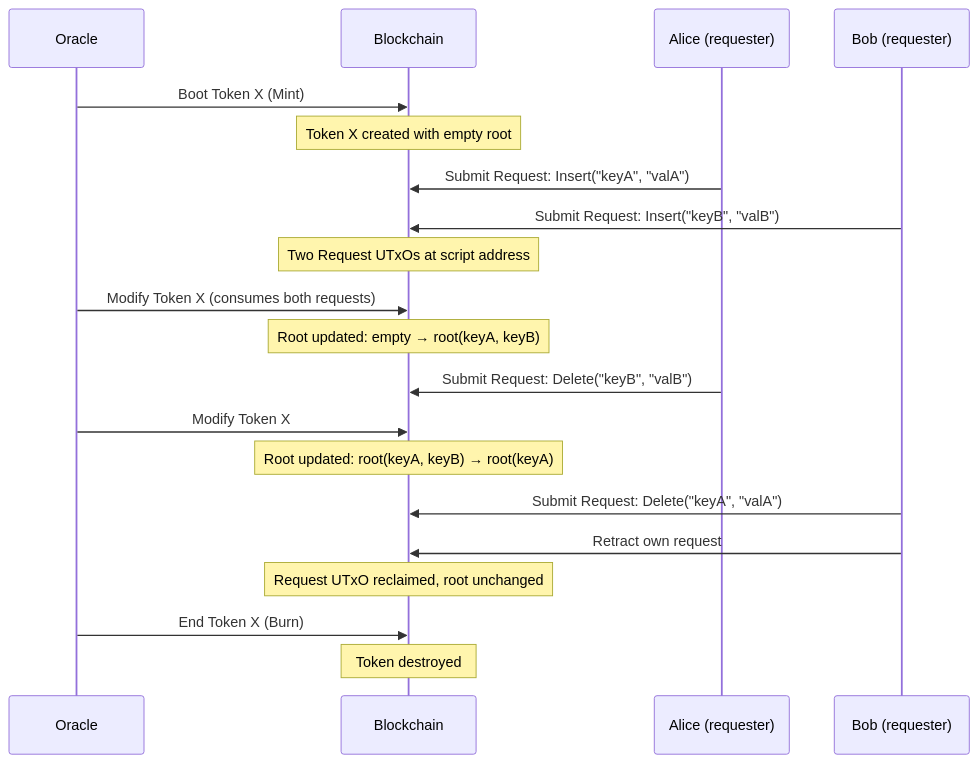
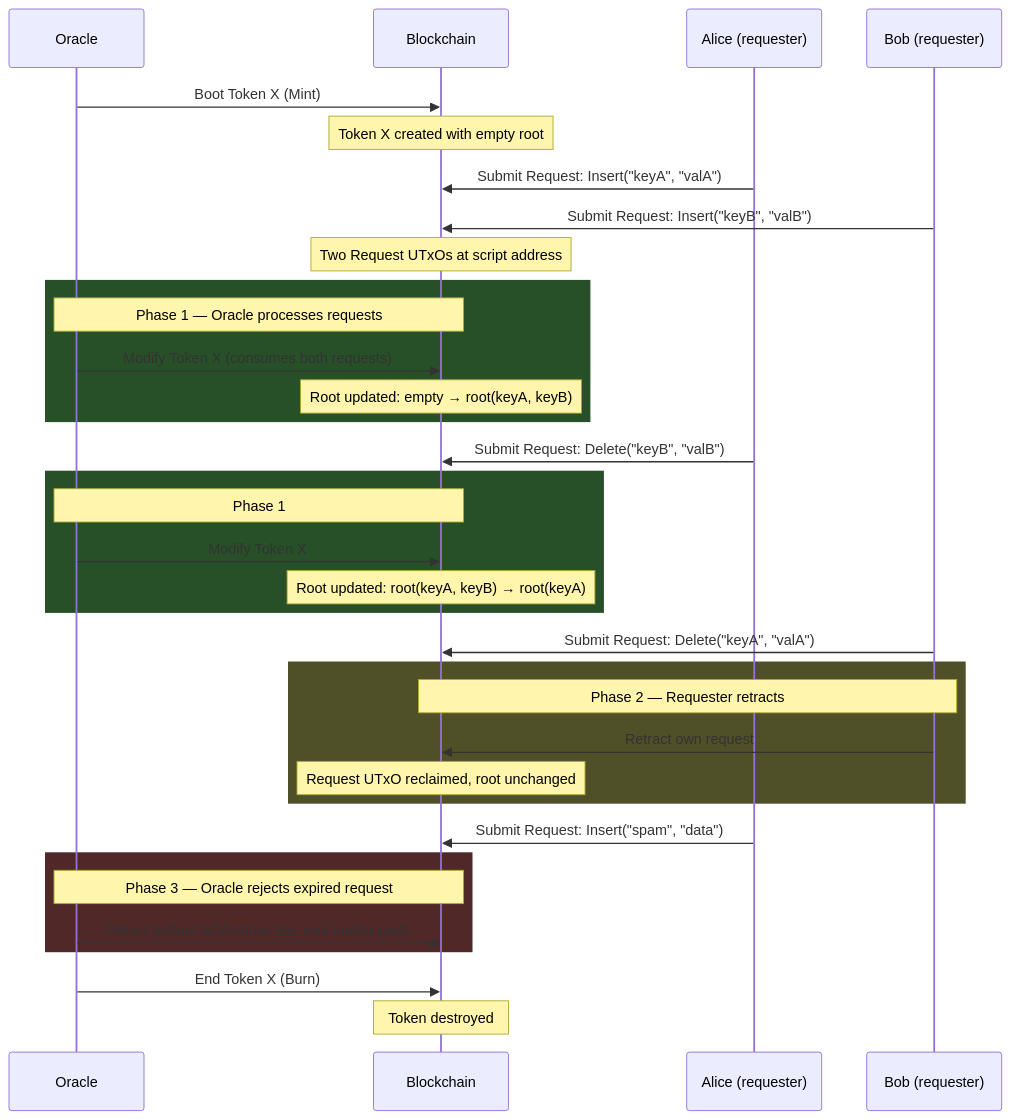
One commit to cardano-foundation/cardano-mpfs-onchain changed the fourth of 4 diagrams in docs/architecture/overview.md. Above: the diagram before and after it, drawn with Mermaid. The commit also changed other lines of this file and 4 other files, not shown here.

First line of the commit message:
docs: update architecture docs for time-gated phases and Reject

````diff
--- a/docs/architecture/overview.md
+++ b/docs/architecture/overview.md
@@ -73,28 +106,43 @@
 ```mermaid
 sequenceDiagram
     participant O as Oracle
     participant B as Blockchain
     participant A as Alice (requester)
     participant C as Bob (requester)
 
     O->>B: Boot Token X (Mint)
     Note over B: Token X created with empty root
 
     A->>B: Submit Request: Insert("keyA", "valA")
     C->>B: Submit Request: Insert("keyB", "valB")
     Note over B: Two Request UTxOs at script address
 
-    O->>B: Modify Token X (consumes both requests)
-    Note over B: Root updated: empty → root(keyA, keyB)
+    rect rgb(40, 80, 40)
+        Note over O,B: Phase 1 — Oracle processes requests
+        O->>B: Modify Token X (consumes both requests)
+        Note over B: Root updated: empty → root(keyA, keyB)
+    end
 
     A->>B: Submit Request: Delete("keyB", "valB")
-    O->>B: Modify Token X
-    Note over B: Root updated: root(keyA, keyB) → root(keyA)
+    rect rgb(40, 80, 40)
+        Note over O,B: Phase 1
+        O->>B: Modify Token X
+        Note over B: Root updated: root(keyA, keyB) → root(keyA)
+    end
 
     C->>B: Submit Request: Delete("keyA", "valA")
-    C->>B: Retract own request
-    Note over B: Request UTxO reclaimed, root unchanged
+    rect rgb(80, 80, 40)
+        Note over C,B: Phase 2 — Requester retracts
+        C->>B: Retract own request
+        Note over B: Request UTxO reclaimed, root unchanged
+    end
+
+    A->>B: Submit Request: Insert("spam", "data")
+    rect rgb(80, 40, 40)
+        Note over O,B: Phase 3 — Oracle rejects expired request
+        O->>B: Reject (refund ADA minus fee, root unchanged)
+    end
 
     O->>B: End Token X (Burn)
     Note over B: Token destroyed
 ```
````
